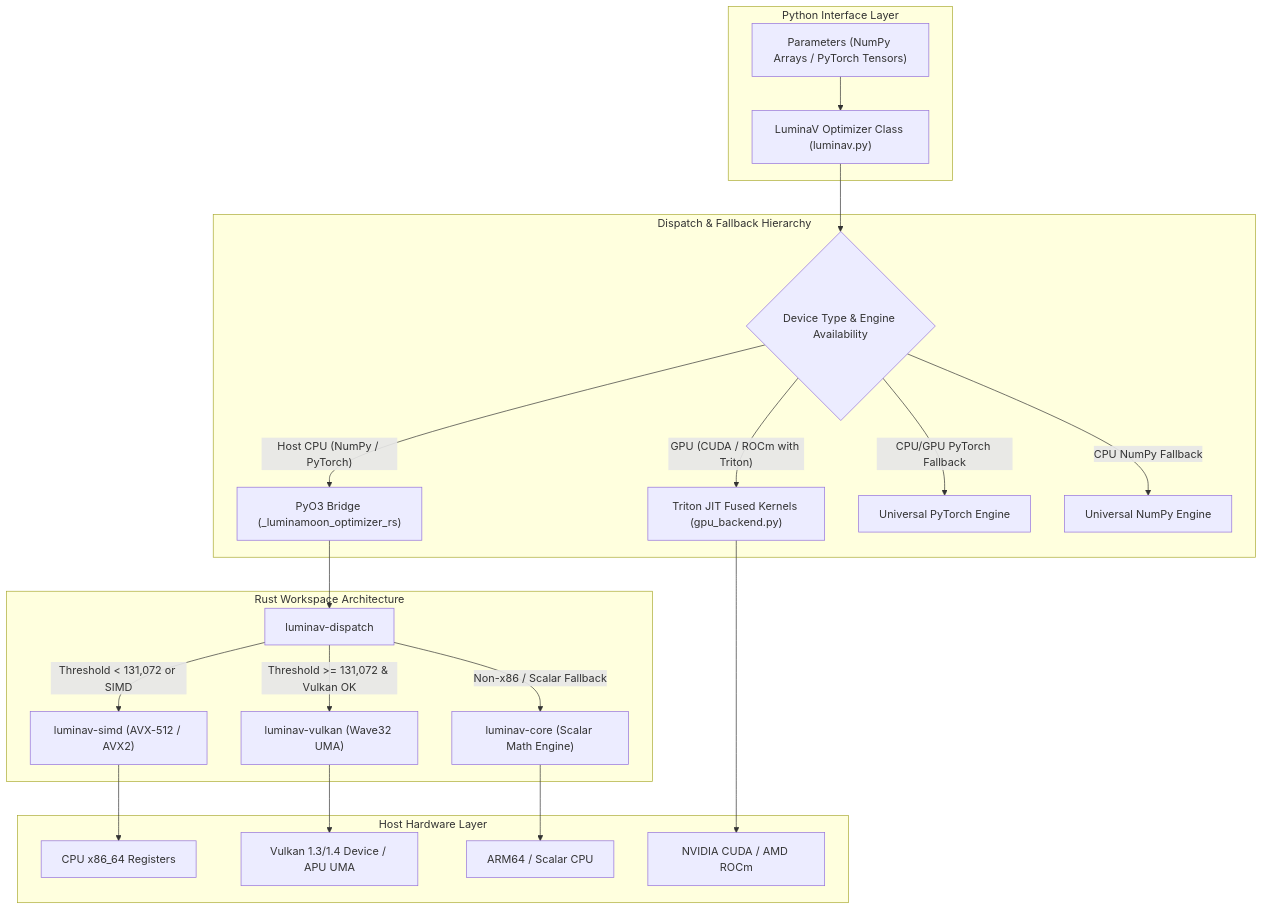
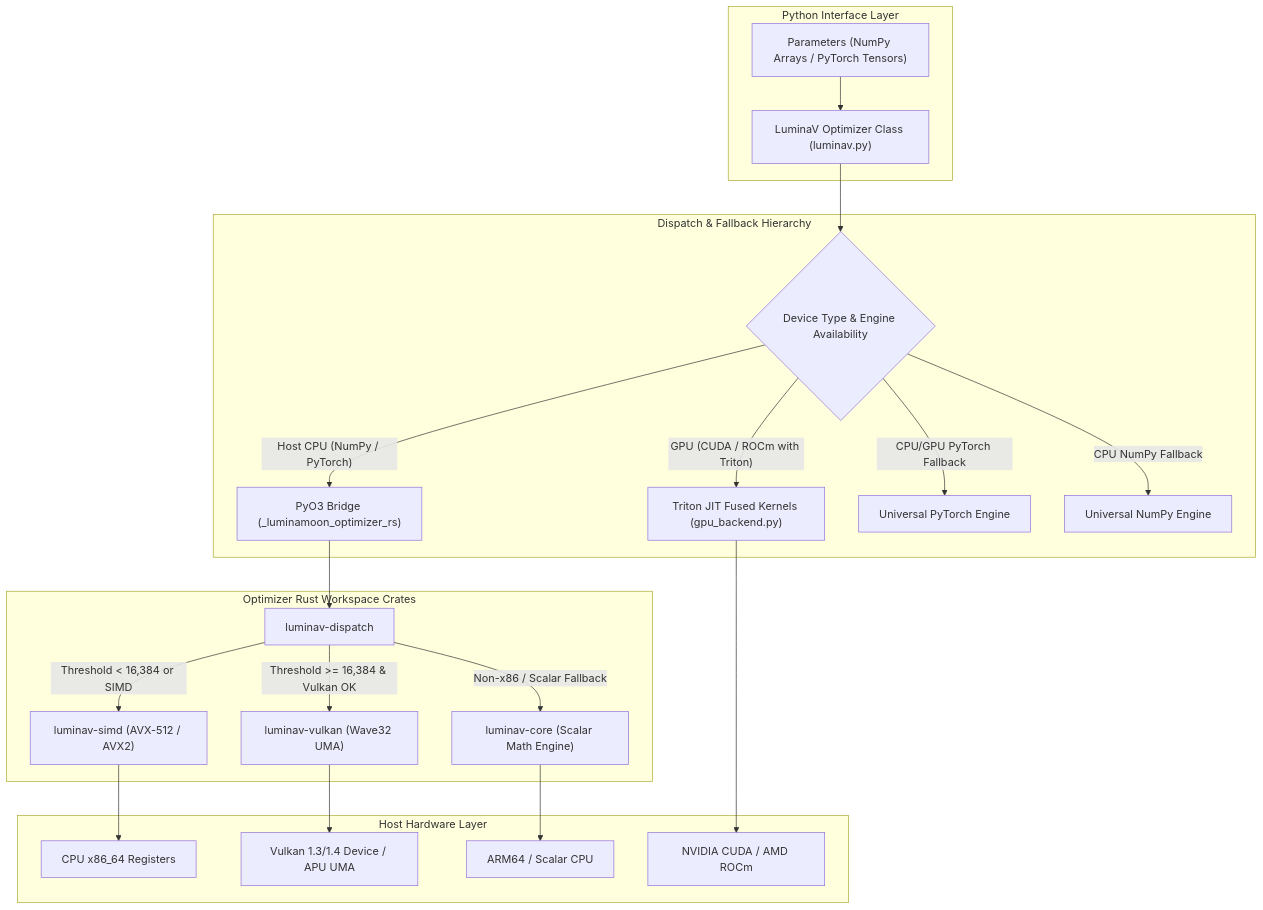
One commit to cloverx-id/luminamoon changed the first of 2 diagrams in docs/en/04_architecture_and_hardware.md. Above: the diagram before and after it, drawn with Mermaid. The commit also changed other lines of this file and 41 other files, not shown here.

Commit message:
docs: update monorepo architecture and bilingual guides

````diff
--- a/docs/en/04_architecture_and_hardware.md
+++ b/docs/en/04_architecture_and_hardware.md
@@ -7,31 +9,31 @@
 ```mermaid
-graph TD
+flowchart TD
     subgraph PythonLayer["Python Interface Layer"]
         InputParams["Parameters (NumPy Arrays / PyTorch Tensors)"]
         LuminaVClass["LuminaV Optimizer Class (luminav.py)"]
         InputParams --> LuminaVClass
     end
 
     subgraph DispatchHierarchy["Dispatch & Fallback Hierarchy"]
         LuminaVClass --> Decision{"Device Type & Engine Availability"}
         
         Decision -->|"Host CPU (NumPy / PyTorch)"| NativeFFI["PyO3 Bridge (_luminamoon_optimizer_rs)"]
         Decision -->|"GPU (CUDA / ROCm with Triton)"| TritonEngine["Triton JIT Fused Kernels (gpu_backend.py)"]
         Decision -->|"CPU/GPU PyTorch Fallback"| TorchFallback["Universal PyTorch Engine"]
         Decision -->|"CPU NumPy Fallback"| NumpyFallback["Universal NumPy Engine"]
     end
 
-    subgraph RustWorkspace["Rust Workspace Architecture"]
+    subgraph RustWorkspace["Optimizer Rust Workspace Crates"]
         NativeFFI --> DispatchCrate["luminav-dispatch"]
-        DispatchCrate -->|"Threshold < 131,072 or SIMD"| SimdCrate["luminav-simd (AVX-512 / AVX2)"]
-        DispatchCrate -->|"Threshold >= 131,072 & Vulkan OK"| VulkanCrate["luminav-vulkan (Wave32 UMA)"]
+        DispatchCrate -->|"Threshold < 16,384 or SIMD"| SimdCrate["luminav-simd (AVX-512 / AVX2)"]
+        DispatchCrate -->|"Threshold >= 16,384 & Vulkan OK"| VulkanCrate["luminav-vulkan (Wave32 UMA)"]
         DispatchCrate -->|"Non-x86 / Scalar Fallback"| CoreCrate["luminav-core (Scalar Math Engine)"]
     end
 
     subgraph HardwareLayer["Host Hardware Layer"]
         SimdCrate --> CPUCore["CPU x86_64 Registers"]
         VulkanCrate --> VulkanDevice["Vulkan 1.3/1.4 Device / APU UMA"]
         CoreCrate --> ARMCPU["ARM64 / Scalar CPU"]
         TritonEngine --> DedicatedGPU["NVIDIA CUDA / AMD ROCm"]
     end
 ```
````
